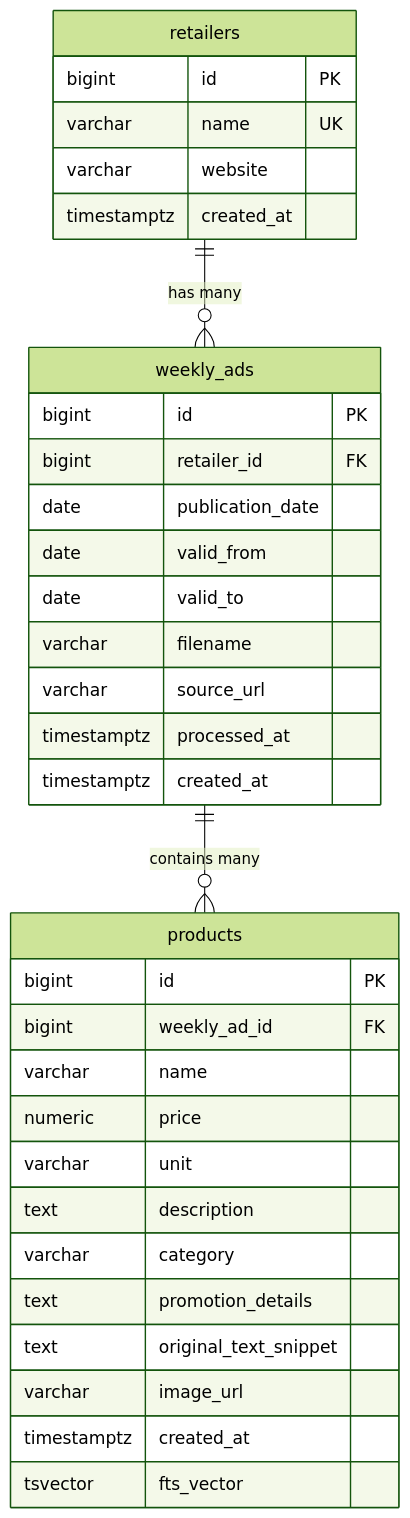
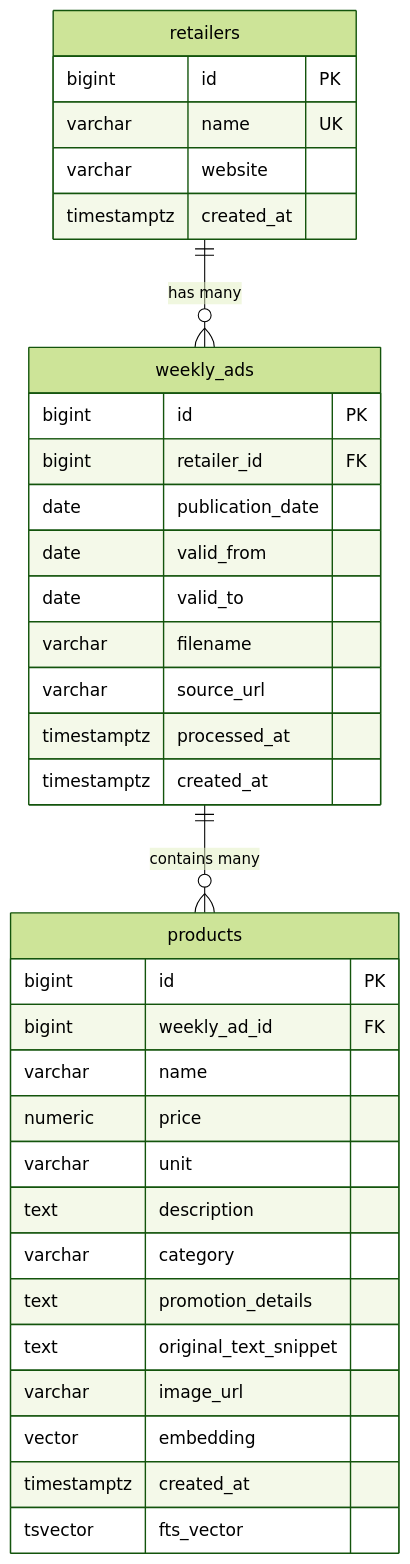
One commit to cobrauf/grocery-budget-assistant changed the fourth of 8 diagrams in docs/Mermaid.md. Above: the diagram before and after it, drawn with Mermaid (forest theme). The commit also changed other lines of this file and 4 other files, not shown here.

````diff
--- a/docs/Mermaid.md
+++ b/docs/Mermaid.md
@@ -183,39 +196,40 @@
 ```mermaid
 erDiagram
     retailers {
         bigint id PK
         varchar name UK
         varchar website
         timestamptz created_at
     }
 
     weekly_ads {
         bigint id PK
         bigint retailer_id FK
         date publication_date
         date valid_from
         date valid_to
         varchar filename
         varchar source_url
         timestamptz processed_at
         timestamptz created_at
     }
 
     products {
         bigint id PK
         bigint weekly_ad_id FK
         varchar name
         numeric price
         varchar unit
         text description
         varchar category
         text promotion_details
         text original_text_snippet
         varchar image_url
+        vector embedding
         timestamptz created_at
         tsvector fts_vector
     }
 
     retailers ||--o{ weekly_ads : "has many"
     weekly_ads ||--o{ products : "contains many"
 ```
````
